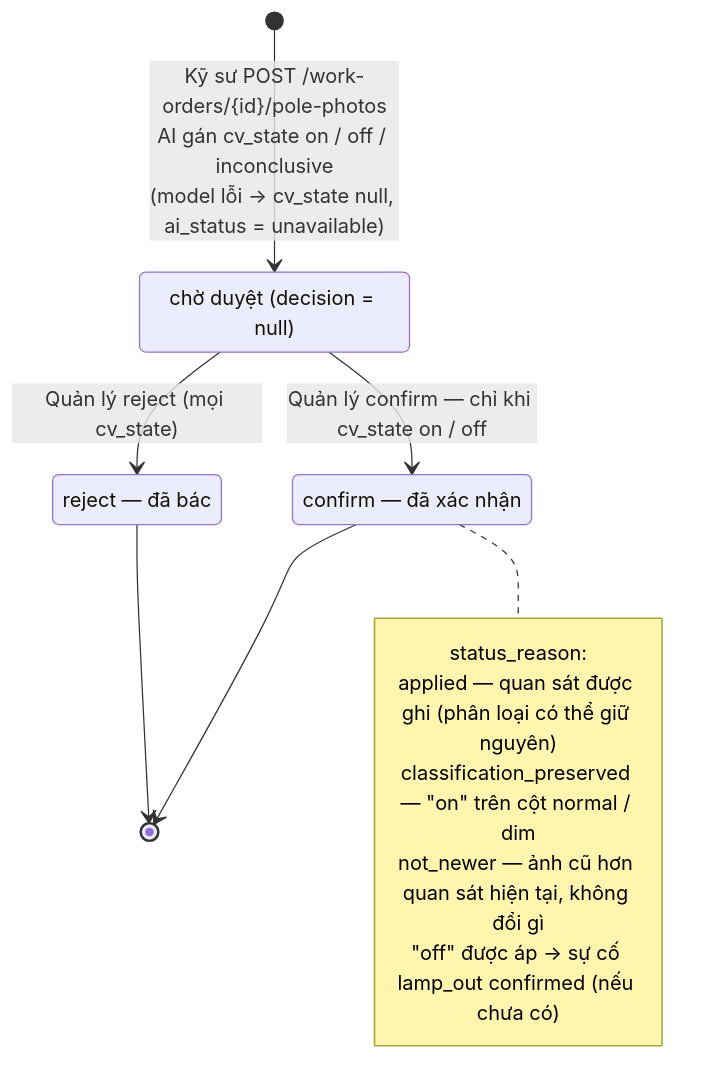
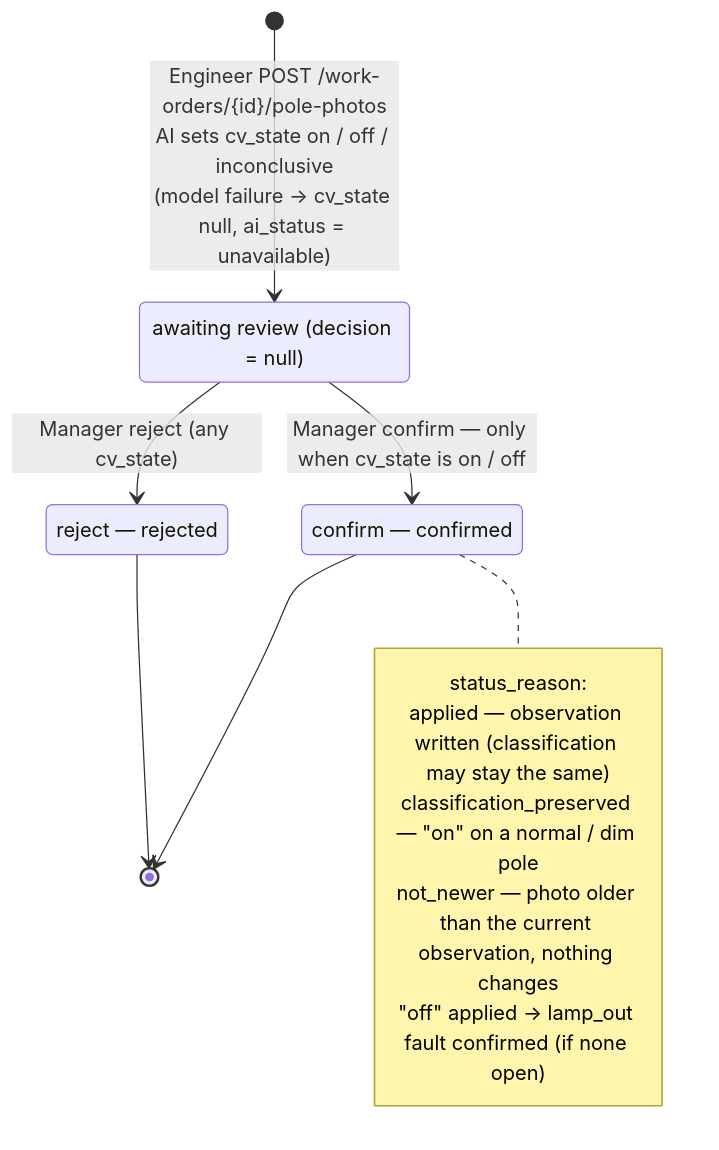
One commit to LuxMapLabs/luxmap_backend changed diagram 11 of 14 in docs/state-machines.md. Above: the diagram before and after it, drawn with Mermaid. The commit also changed other lines of this file and 2 other files, not shown here.

First line of the commit message:
docs(state-machines): translate the state machine diagrams to English

````diff
--- a/docs/state-machines.md
+++ b/docs/state-machines.md
@@ -373,19 +396,19 @@
 ```mermaid
 stateDiagram-v2
-    state "chờ duyệt (decision = null)" as pending
-    state "confirm — đã xác nhận" as confirm
-    state "reject — đã bác" as reject
-    [*] --> pending : Kỹ sư POST /work-orders/{id}/pole-photos<br/>AI gán cv_state on / off / inconclusive<br/>(model lỗi → cv_state null, ai_status = unavailable)
-    pending --> confirm : Quản lý confirm — chỉ khi cv_state on / off
-    pending --> reject : Quản lý reject (mọi cv_state)
+    state "awaiting review (decision = null)" as pending
+    state "confirm — confirmed" as confirm
+    state "reject — rejected" as reject
+    [*] --> pending : Engineer POST /work-orders/{id}/pole-photos<br/>AI sets cv_state on / off / inconclusive<br/>(model failure → cv_state null, ai_status = unavailable)
+    pending --> confirm : Manager confirm — only when cv_state is on / off
+    pending --> reject : Manager reject (any cv_state)
     confirm --> [*]
     reject --> [*]
 
     note right of confirm
         status_reason:
-        applied — quan sát được ghi (phân loại có thể giữ nguyên)
-        classification_preserved — "on" trên cột normal / dim
-        not_newer — ảnh cũ hơn quan sát hiện tại, không đổi gì
-        "off" được áp → sự cố lamp_out confirmed (nếu chưa có)
+        applied — observation written (classification may stay the same)
+        classification_preserved — "on" on a normal / dim pole
+        not_newer — photo older than the current observation, nothing changes
+        "off" applied → lamp_out fault confirmed (if none open)
     end note
 ```
````
